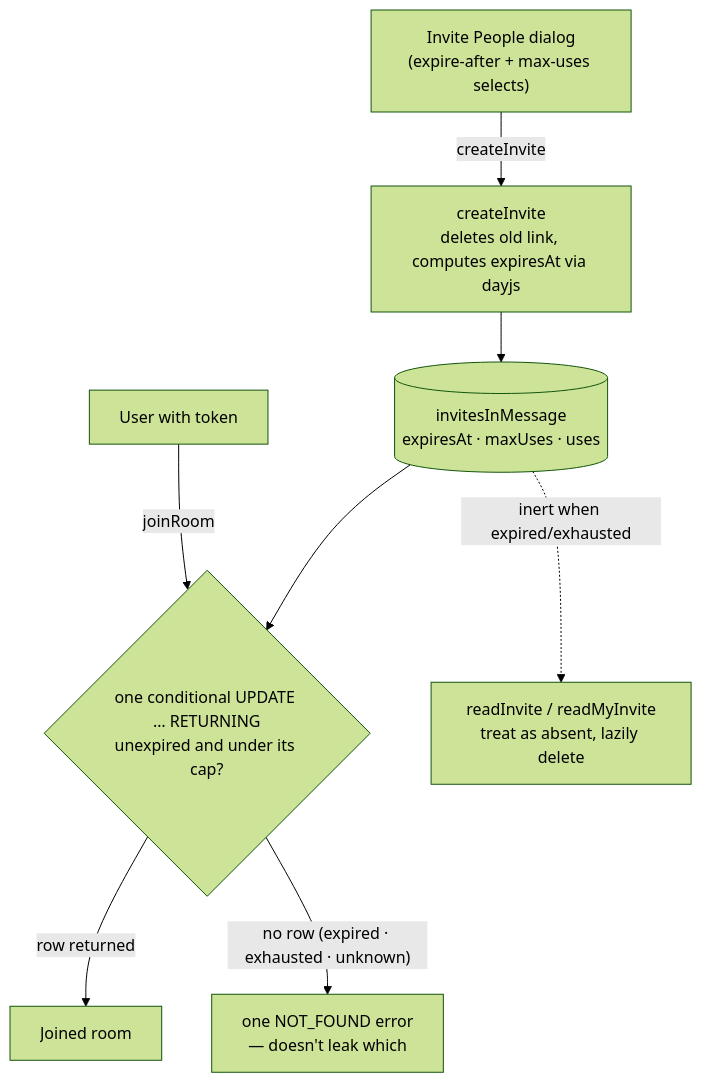
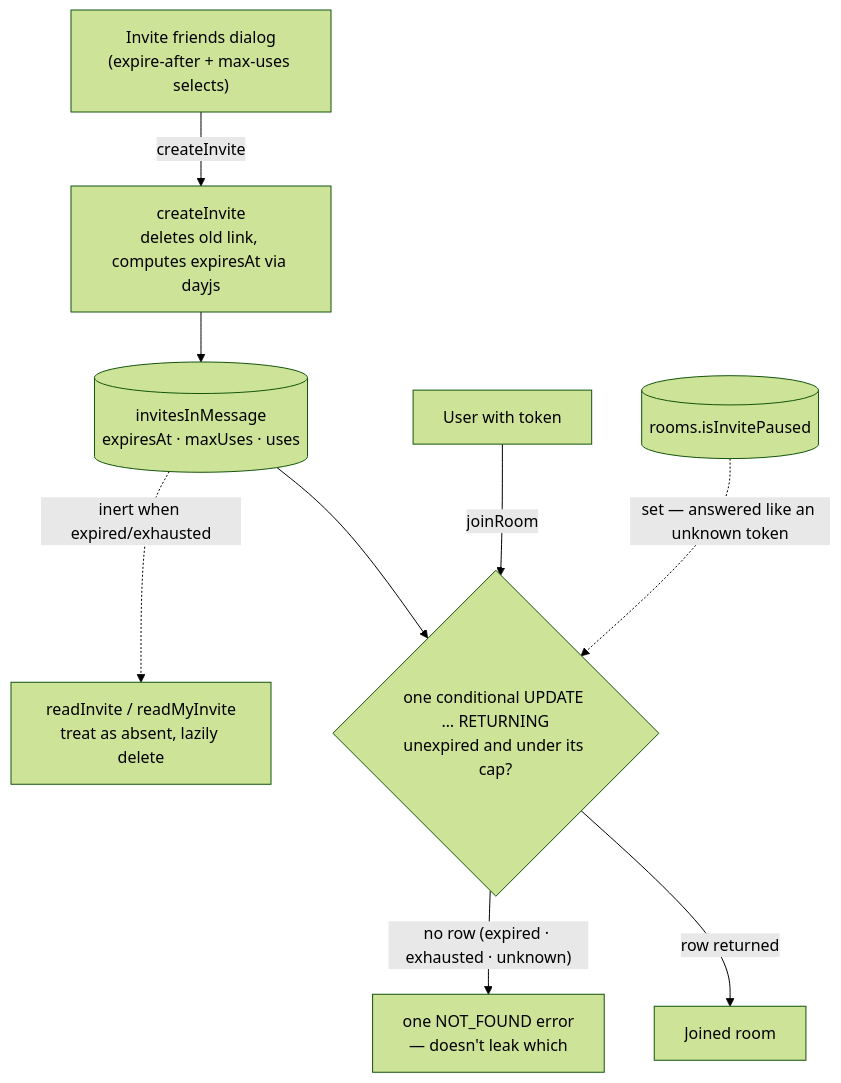
The diagram in packages/app/content/docs/esbabbler/invites.md (Esposter/Esposter), drawn with Mermaid (forest theme) before and after one commit. The commit also changed other lines of this file and 27 other files, not shown here.

````diff
--- a/packages/app/content/docs/esbabbler/invites.md
+++ b/packages/app/content/docs/esbabbler/invites.md
@@ -12,10 +12,11 @@
 ```mermaid
 flowchart TD
-    dialog["Invite People dialog<br/>(expire-after + max-uses selects)"] -->|createInvite| create["createInvite<br/>deletes old link, computes expiresAt via dayjs"]
+    dialog["Invite friends dialog<br/>(expire-after + max-uses selects)"] -->|createInvite| create["createInvite<br/>deletes old link, computes expiresAt via dayjs"]
     create --> row[("invitesInMessage<br/>expiresAt · maxUses · uses")]
     joiner["User with token"] -->|joinRoom| check{"one conditional UPDATE … RETURNING<br/>unexpired and under its cap?"}
     row --> check
+    paused[("rooms.isInvitePaused")] -.->|"set — answered like an unknown token"| check
     check -->|row returned| member["Joined room"]
     check -->|"no row (expired · exhausted · unknown)"| invalid["one NOT_FOUND error<br/>— doesn't leak which"]
     row -.->|"inert when expired/exhausted"| reads["readInvite / readMyInvite<br/>treat as absent, lazily delete"]
 ```
````
